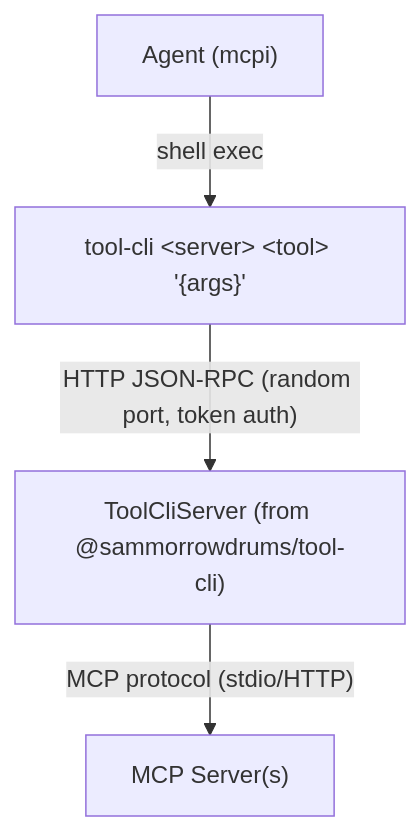
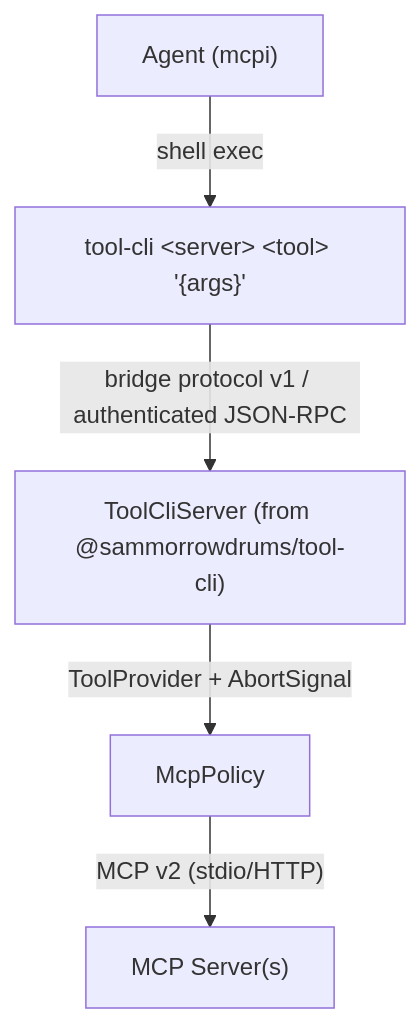
One commit to SamMorrowDrums/mcpi-ext changed the diagram in docs/tool-cli.md. Above: the diagram before and after it, drawn with Mermaid. The commit also changed other lines of this file and 27 other files, not shown here.

First line of the commit message:
feat: integrate tool CLI v1 bridge

````diff
--- a/docs/tool-cli.md
+++ b/docs/tool-cli.md
@@ -17,6 +17,7 @@
 ```mermaid
 flowchart TD
     A["Agent (mcpi)"] -->|shell exec| B["tool-cli &lt;server&gt; &lt;tool&gt; '{args}'"]
-    B -->|"HTTP JSON-RPC (random port, token auth)"| C["ToolCliServer (from @sammorrowdrums/tool-cli)"]
-    C -->|"MCP protocol (stdio/HTTP)"| D["MCP Server(s)"]
+    B -->|"bridge protocol v1 / authenticated JSON-RPC"| C["ToolCliServer (from @sammorrowdrums/tool-cli)"]
+    C -->|"ToolProvider + AbortSignal"| P["McpPolicy"]
+    P -->|"MCP v2 (stdio/HTTP)"| D["MCP Server(s)"]
 ```
````
